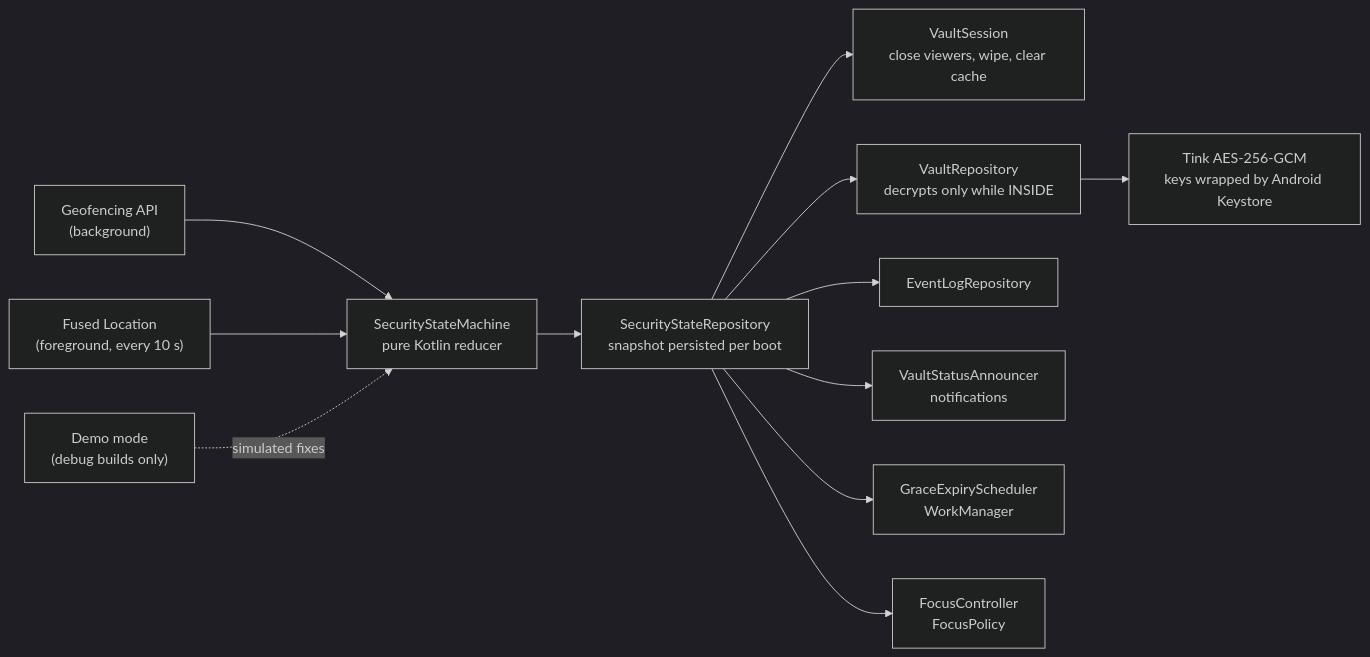
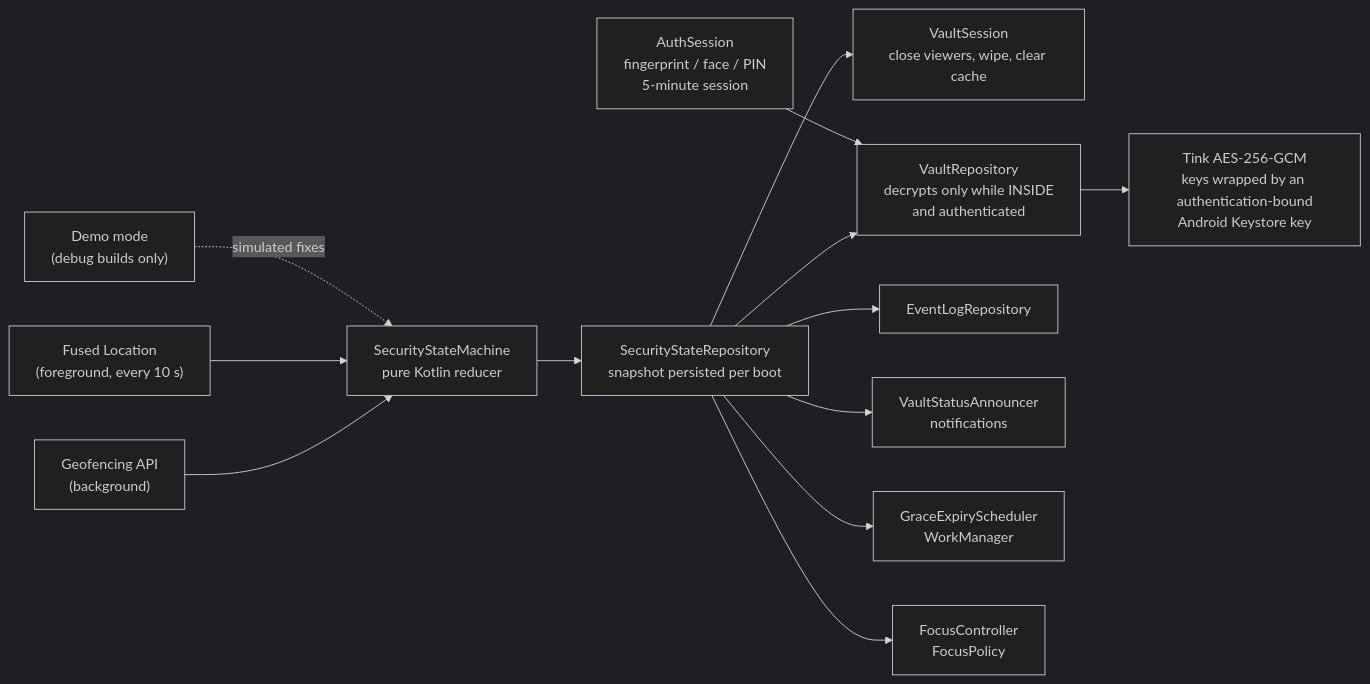
Before and after one commit to stevie2k-tech/SafeComp: the diagram in README.md, drawn with Mermaid (dark theme). The commit also changed other lines of this file and 37 other files, not shown here.

First line of the commit message:
Phase 7: fingerprint / face / PIN unlock and protected settings

````diff
--- a/README.md
+++ b/README.md
@@ -31,14 +32,15 @@
 ```mermaid
 flowchart LR
     GF["Geofencing API<br/>(background)"] --> SM
     FL["Fused Location<br/>(foreground, every 10 s)"] --> SM
     DM["Demo mode<br/>(debug builds only)"] -. simulated fixes .-> SM
     SM["SecurityStateMachine<br/>pure Kotlin reducer"] --> REPO["SecurityStateRepository<br/>snapshot persisted per boot"]
     REPO --> VS["VaultSession<br/>close viewers, wipe, clear cache"]
-    REPO --> VR["VaultRepository<br/>decrypts only while INSIDE"]
+    REPO --> VR["VaultRepository<br/>decrypts only while INSIDE<br/>and authenticated"]
+    AUTH["AuthSession<br/>fingerprint / face / PIN<br/>5-minute session"] --> VR
     REPO --> LOG["EventLogRepository"]
     REPO --> AN["VaultStatusAnnouncer<br/>notifications"]
     REPO --> GE["GraceExpiryScheduler<br/>WorkManager"]
     REPO --> FC["FocusController<br/>FocusPolicy"]
-    VR --> TINK["Tink AES-256-GCM<br/>keys wrapped by Android Keystore"]
+    VR --> TINK["Tink AES-256-GCM<br/>keys wrapped by an authentication-bound<br/>Android Keystore key"]
 ```
````
